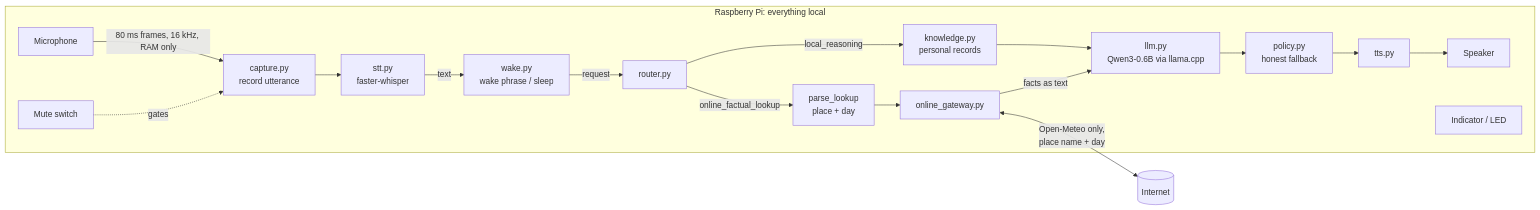
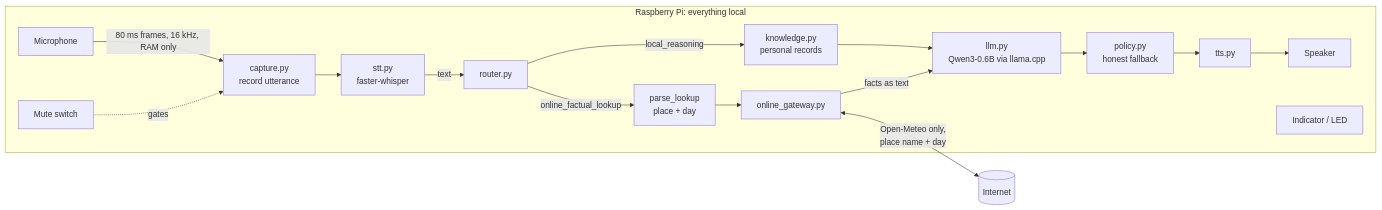
Before and after one commit to tamilselvanbilla/makeathon21_new: the first of 2 diagrams in docs/architecture.md, drawn with Mermaid. The commit also changed other lines of this file and 12 other files, not shown here.

````diff
--- a/docs/architecture.md
+++ b/docs/architecture.md
@@ -20,20 +20,19 @@
 ```mermaid
 flowchart LR
     subgraph Device["Raspberry Pi: everything local"]
         Mic[Microphone] -->|80 ms frames, 16 kHz, RAM only| Capture[capture.py<br/>record utterance]
         Mute[Mute switch] -.gates.-> Capture
         Capture --> STT[stt.py<br/>faster-whisper]
-        STT -->|text| Wake[wake.py<br/>wake phrase / sleep]
-        Wake -->|request| Router[router.py]
+        STT -->|text| Router[router.py]
         Router -->|local_reasoning| KB[knowledge.py<br/>personal records]
         KB --> LLM[llm.py<br/>Qwen3-0.6B via llama.cpp]
         Router -->|online_factual_lookup| Parse[parse_lookup<br/>place + day]
         Parse --> GW[online_gateway.py]
         GW -->|facts as text| LLM
         LLM --> Policy[policy.py<br/>honest fallback]
         Policy --> TTS[tts.py]
         TTS --> Spk[Speaker]
         LED[Indicator / LED]
     end
     GW <-->|Open-Meteo only,<br/>place name + day| Net[(Internet)]
 ```
````
